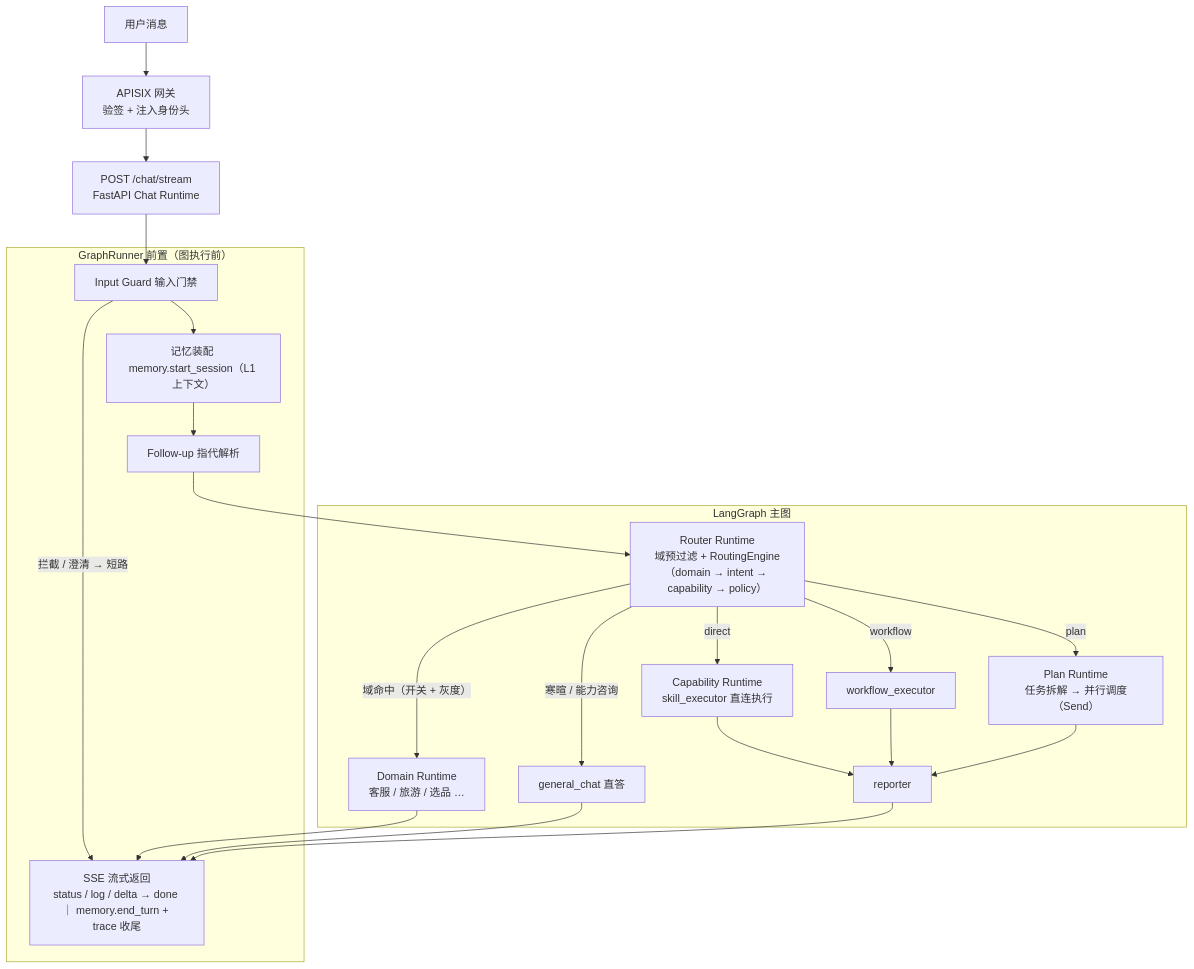
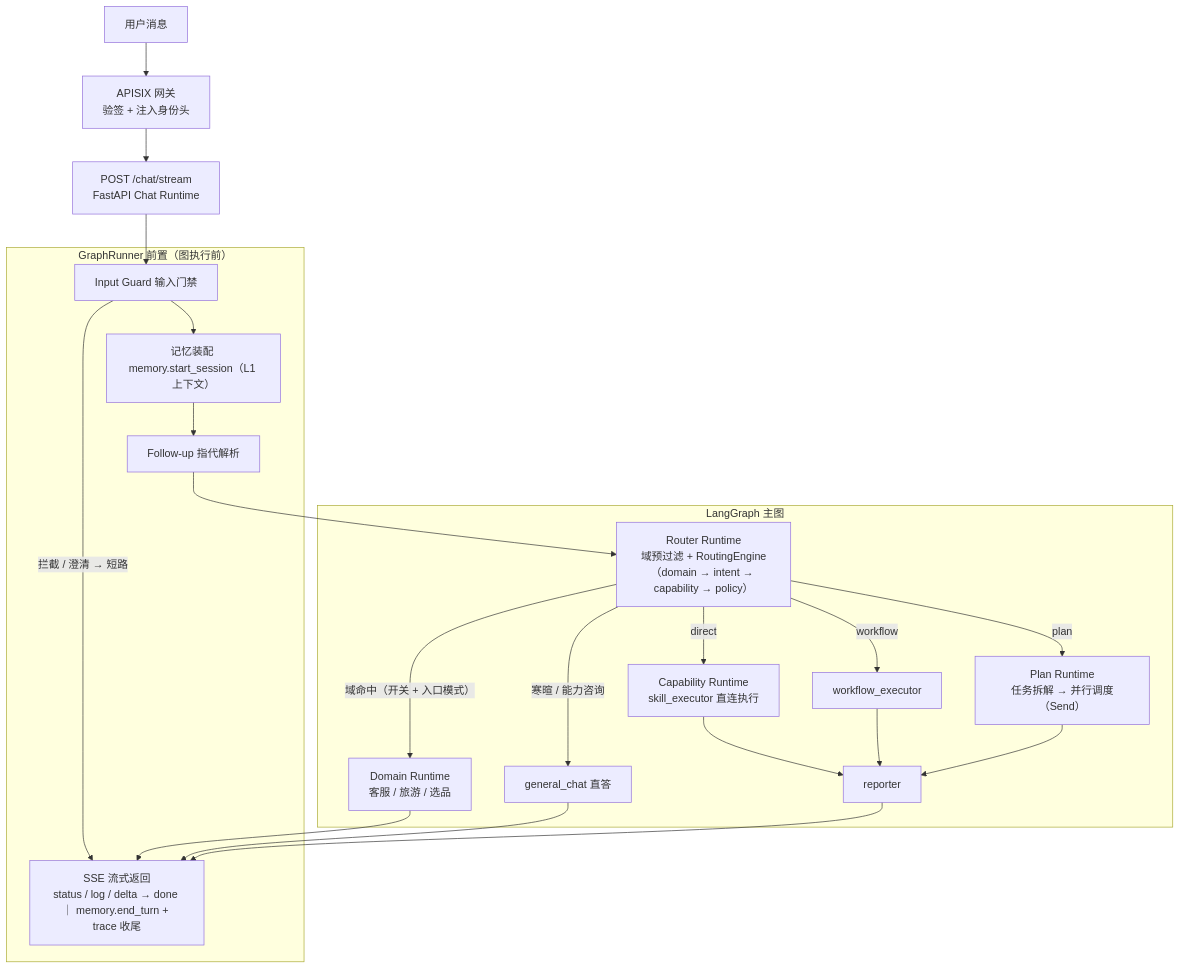
One commit to Jayus-07/agent changed the second of 2 diagrams in README.md. Above: the diagram before and after it, drawn with Mermaid. The commit also changed other lines of this file and 644 other files, not shown here.

````diff
--- a/README.md
+++ b/README.md
@@ -77,31 +71,31 @@
 ```mermaid
 flowchart TB
     OUT["SSE 流式返回<br/>status / log / delta → done ｜ memory.end_turn + trace 收尾"]
     U["用户消息"] --> GW["APISIX 网关<br/>验签 + 注入身份头"]
     GW --> API["POST /chat/stream<br/>FastAPI Chat Runtime"]
     API --> IG
 
     subgraph PRE["GraphRunner 前置（图执行前）"]
         IG["Input Guard 输入门禁"] -->|"拦截 / 澄清 → 短路"| OUT
         IG --> MEM["记忆装配 memory.start_session（L1 上下文）"]
         MEM --> FU["Follow-up 指代解析"]
     end
 
     FU --> RT
 
     subgraph G["LangGraph 主图"]
         RT["Router Runtime<br/>域预过滤 + RoutingEngine（domain → intent → capability → policy）"]
         RT -->|"direct"| DE["Capability Runtime<br/>skill_executor 直连执行"]
         RT -->|"workflow"| WE["workflow_executor"]
         RT -->|"plan"| PL["Plan Runtime<br/>任务拆解 → 并行调度（Send）"]
         RT -->|"寒暄 / 能力咨询"| GC["general_chat 直答"]
-        RT -->|"域命中（开关 + 灰度）"| DG["Domain Runtime<br/>客服 / 旅游 / 选品 …"]
+        RT -->|"域命中（开关 + 入口模式）"| DG["Domain Runtime<br/>客服 / 旅游 / 选品"]
         DE --> REP["reporter"]
         WE --> REP
         PL --> REP
     end
 
     DG --> OUT
     GC --> OUT
     REP --> OUT
 ```
````
